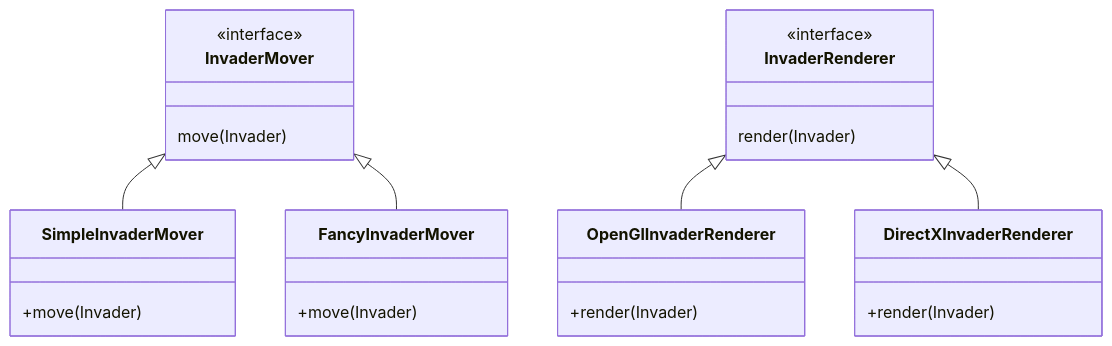
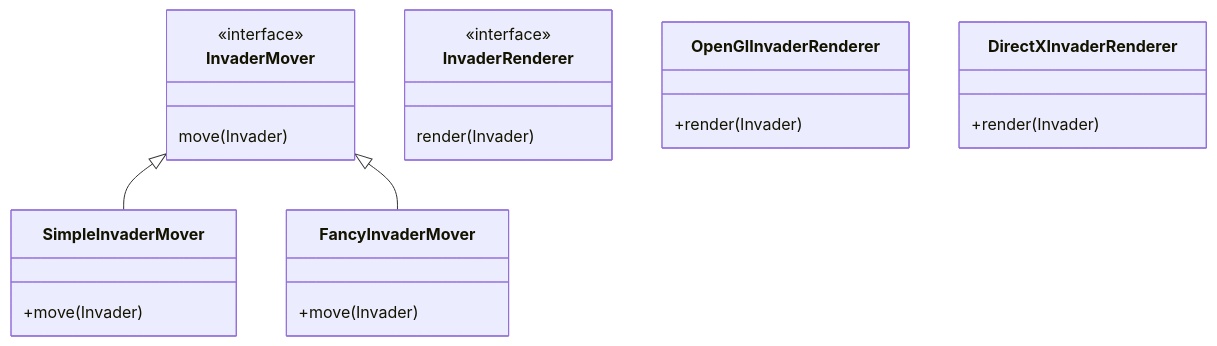
One commit to xballoy/solid-presentation changed the third of 4 diagrams in slides.md. Above: the diagram before and after it, drawn with Mermaid. The commit also changed other lines of this file and 2 other files, not shown here.

````diff
--- a/slides.md
+++ b/slides.md
@@ -132,30 +134,28 @@
 ```mermaid
-   classDiagram
-      InvaderMover <|-- SimpleInvaderMover
-      InvaderMover <|-- FancyInvaderMover
-      class InvaderMover
-      <<interface>> InvaderMover
-      InvaderMover : move(Invader)
-      
-      class SimpleInvaderMover {
-        +move(Invader)
-      }
-      
-      class FancyInvaderMover {
-        +move(Invader)
-      }
-      
-      InvaderRenderer <|-- OpenGlInvaderRenderer
-      InvaderRenderer <|-- DirectXInvaderRenderer
-      class InvaderRenderer
-      <<interface>> InvaderRenderer
-      InvaderRenderer : render(Invader)
-      
-      class OpenGlInvaderRenderer {
-        +render(Invader)
-      }
-      
-      class DirectXInvaderRenderer {
-        +render(Invader)
-      }
+classDiagram
+  InvaderMover <|-- SimpleInvaderMover
+  InvaderMover <|-- FancyInvaderMover
+  class InvaderMover
+  <<interface>> InvaderMover
+  InvaderMover : move(Invader)
+  
+  class SimpleInvaderMover {
+    +move(Invader)
+  }
+  
+  class FancyInvaderMover {
+    +move(Invader)
+  }
+  
+  class InvaderRenderer
+  <<interface>> InvaderRenderer
+  InvaderRenderer : render(Invader)
+  
+  class OpenGlInvaderRenderer {
+    +render(Invader)
+  }
+  
+  class DirectXInvaderRenderer {
+    +render(Invader)
+  }
 ```
````
